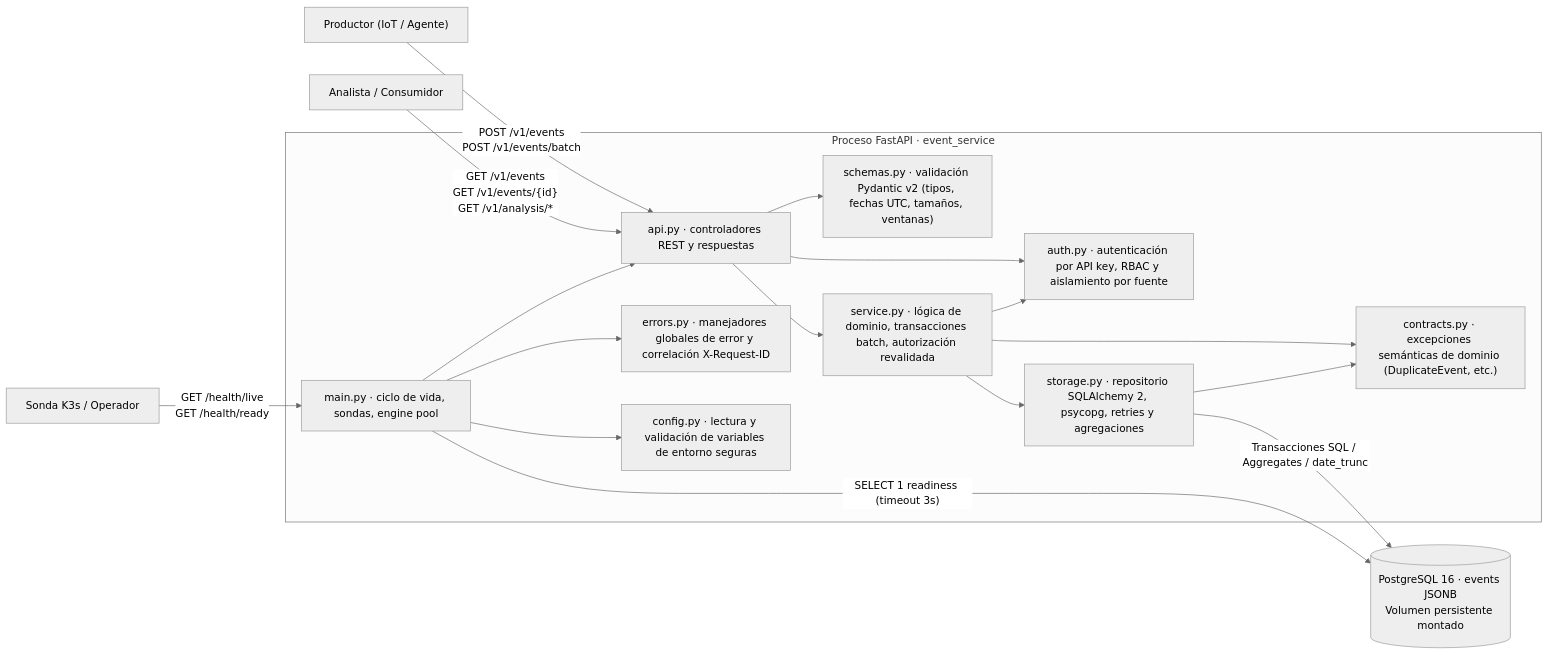
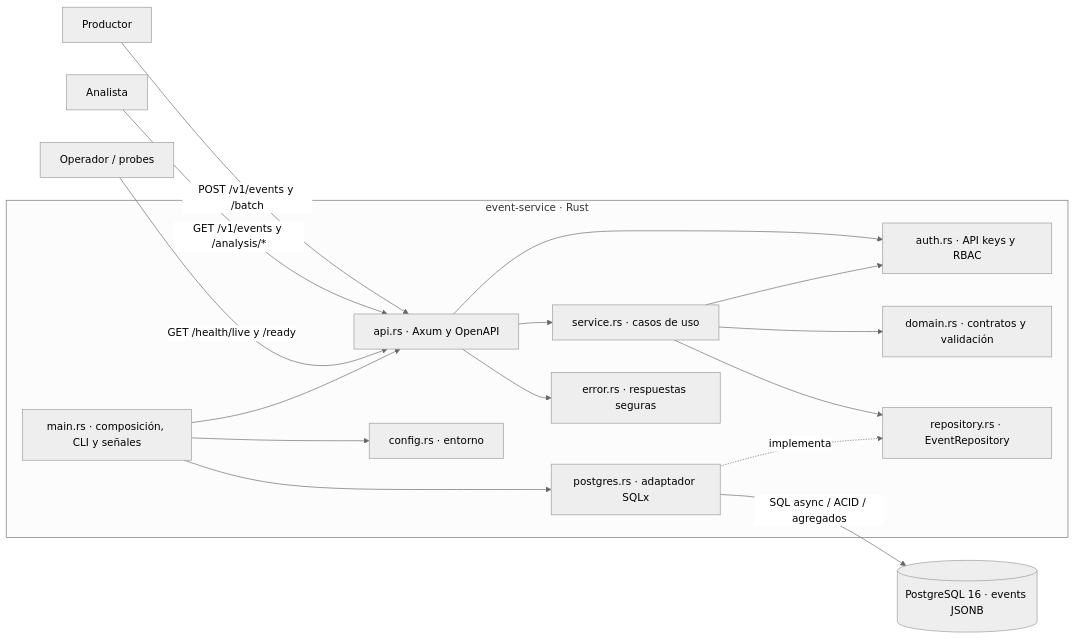
Before and after one commit to Sushiland123/Proyecto-Final-Metricas-y-DevOps: the diagram in docs/arquitectura/contenedores.md, drawn with Mermaid (neutral theme). The commit also changed other lines of this file and 74 other files, not shown here.

Commit message:
feat: deliver full Rust event platform and operational documentation

````diff
--- a/docs/arquitectura/contenedores.md
+++ b/docs/arquitectura/contenedores.md
@@ -5,32 +5,19 @@
 ```mermaid
 flowchart LR
-    producer["Productor (IoT / Agente)"] -->|"POST /v1/events<br/>POST /v1/events/batch"| api
-    analyst["Analista / Consumidor"] -->|"GET /v1/events<br/>GET /v1/events/{id}<br/>GET /v1/analysis/*"| api
-    operator["Sonda K3s / Operador"] -->|"GET /health/live<br/>GET /health/ready"| main
-
-    subgraph process["Proceso FastAPI · event_service"]
-        main["main.py · ciclo de vida, sondas, engine pool"]
-        api["api.py · controladores REST y respuestas"]
-        schemas["schemas.py · validación Pydantic v2 (tipos, fechas UTC, tamaños, ventanas)"]
-        auth["auth.py · autenticación por API key, RBAC y aislamiento por fuente"]
-        service["service.py · lógica de dominio, transacciones batch, autorización revalidada"]
-        storage["storage.py · repositorio SQLAlchemy 2, psycopg, retries y agregaciones"]
-        errors["errors.py · manejadores globales de error y correlación X-Request-ID"]
-        config["config.py · lectura y validación de variables de entorno seguras"]
-        contracts["contracts.py · excepciones semánticas de dominio (DuplicateEvent, etc.)"]
-
-        main --> config
-        main --> api
-        main --> errors
-        api --> schemas
-        api --> auth
-        api --> service
+    producer["Productor"] -->|"POST /v1/events y /batch"| api
+    analyst["Analista"] -->|"GET /v1/events y /analysis/*"| api
+    operator["Operador / probes"] -->|"GET /health/live y /ready"| api
+    subgraph process["event-service · Rust"]
+        main["main.rs · composición, CLI y señales"] --> config["config.rs · entorno"]
+        main --> api["api.rs · Axum y OpenAPI"]
+        api --> auth["auth.rs · API keys y RBAC"]
+        api --> service["service.rs · casos de uso"]
         service --> auth
-        service --> contracts
-        service --> storage
-        storage --> contracts
+        service --> domain["domain.rs · contratos y validación"]
+        service --> port["repository.rs · EventRepository"]
+        adapter["postgres.rs · adaptador SQLx"] -.->|"implementa"| port
+        main --> adapter
+        api --> errors["error.rs · respuestas seguras"]
     end
-
-    storage -->|"Transacciones SQL / Aggregates / date_trunc"| pg[("PostgreSQL 16 · events JSONB<br/>Volumen persistente montado")]
-    main -->|"SELECT 1 readiness (timeout 3s)"| pg
+    adapter -->|"SQL async / ACID / agregados"| pg[("PostgreSQL 16 · events JSONB")]
 ```
````
